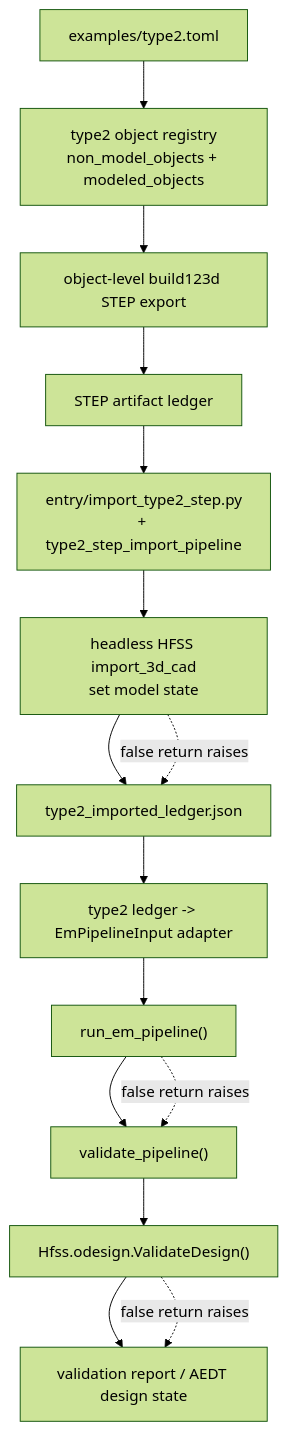
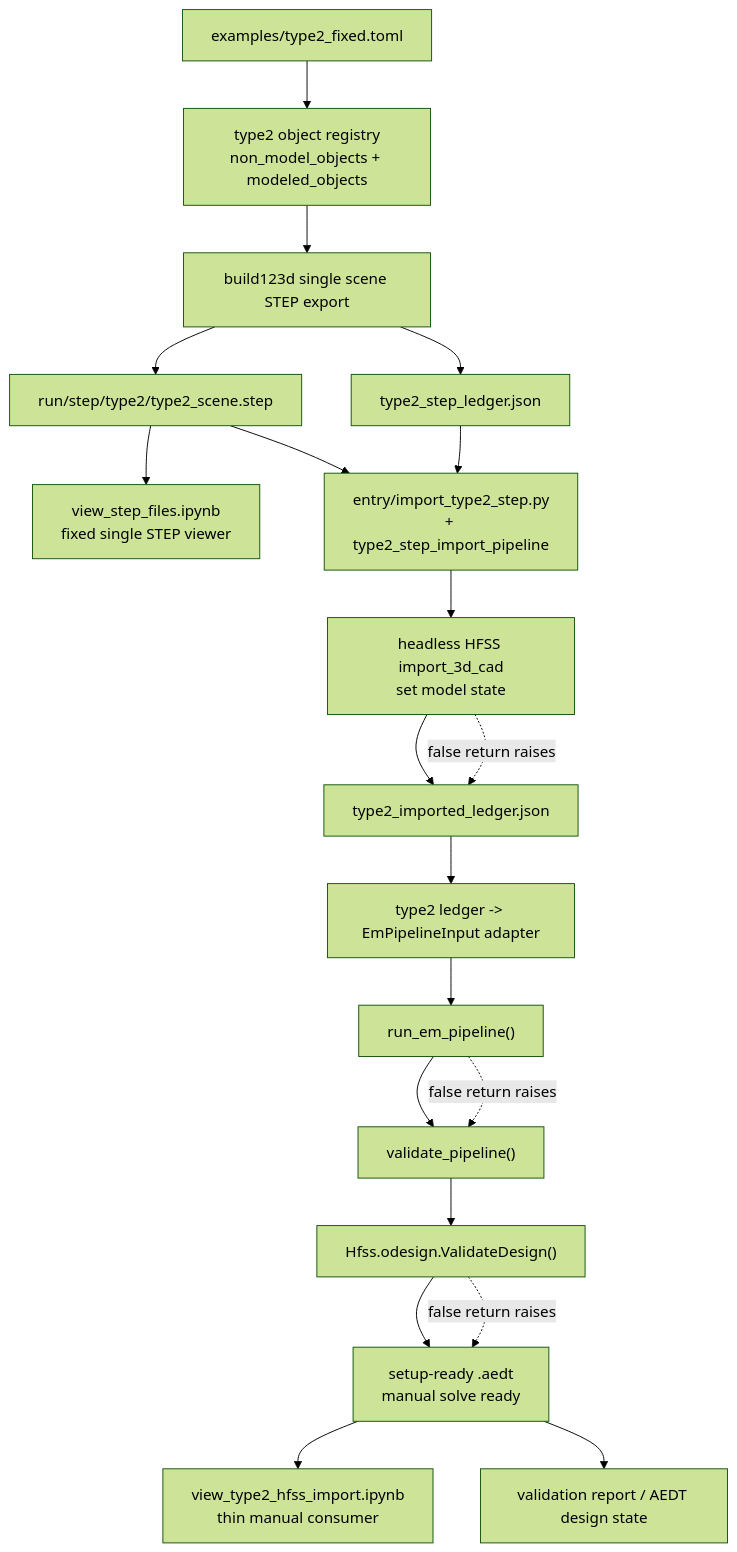
One commit to Glaysia/peetsfea changed the diagram in sdd/diagrams/type2-step-to-em-validate-flow.md. Above: the diagram before and after it, drawn with Mermaid (forest theme). The commit also changed other lines of this file and 24 other files, not shown here.

Commit message:
refactor: split type2 HFSS step import pipeline

````diff
--- a/sdd/diagrams/type2-step-to-em-validate-flow.md
+++ b/sdd/diagrams/type2-step-to-em-validate-flow.md
@@ -5,31 +15,40 @@
 ```mermaid
 flowchart TD
-    Type2Toml["examples/type2.toml"]
+    Type2Toml["examples/type2_fixed.toml"]
     Registry["type2 object registry\nnon_model_objects + modeled_objects"]
-    Export["object-level build123d STEP export"]
-    StepLedger["STEP artifact ledger"]
+    Export["build123d single scene STEP export"]
+    StepScene["run/step/type2/type2_scene.step"]
+    StepLedger["type2_step_ledger.json"]
+    StepViewer["view_step_files.ipynb\nfixed single STEP viewer"]
     ImportRuntime["entry/import_type2_step.py\n+ type2_step_import_pipeline"]
     Import["headless HFSS import_3d_cad\nset model state"]
     ImportLedger["type2_imported_ledger.json"]
     Adapter["type2 ledger -> EmPipelineInput adapter"]
     EM["run_em_pipeline()"]
     RepoValidate["validate_pipeline()"]
     AedtValidate["Hfss.odesign.ValidateDesign()"]
+    SetupReady["setup-ready .aedt\nmanual solve ready"]
+    ImportNotebook["view_type2_hfss_import.ipynb\nthin manual consumer"]
     Result["validation report / AEDT design state"]
 
     Type2Toml --> Registry
     Registry --> Export
+    Export --> StepScene
     Export --> StepLedger
+    StepScene --> StepViewer
     StepLedger --> ImportRuntime
+    StepScene --> ImportRuntime
     ImportRuntime --> Import
     Import --> ImportLedger
     ImportLedger --> Adapter
     Adapter --> EM
     EM --> RepoValidate
     RepoValidate --> AedtValidate
-    AedtValidate --> Result
+    AedtValidate --> SetupReady
+    SetupReady --> ImportNotebook
+    SetupReady --> Result
 
     Import -. false return raises .-> ImportLedger
     EM -. false return raises .-> RepoValidate
-    AedtValidate -. false return raises .-> Result
+    AedtValidate -. false return raises .-> SetupReady
 ```
````
